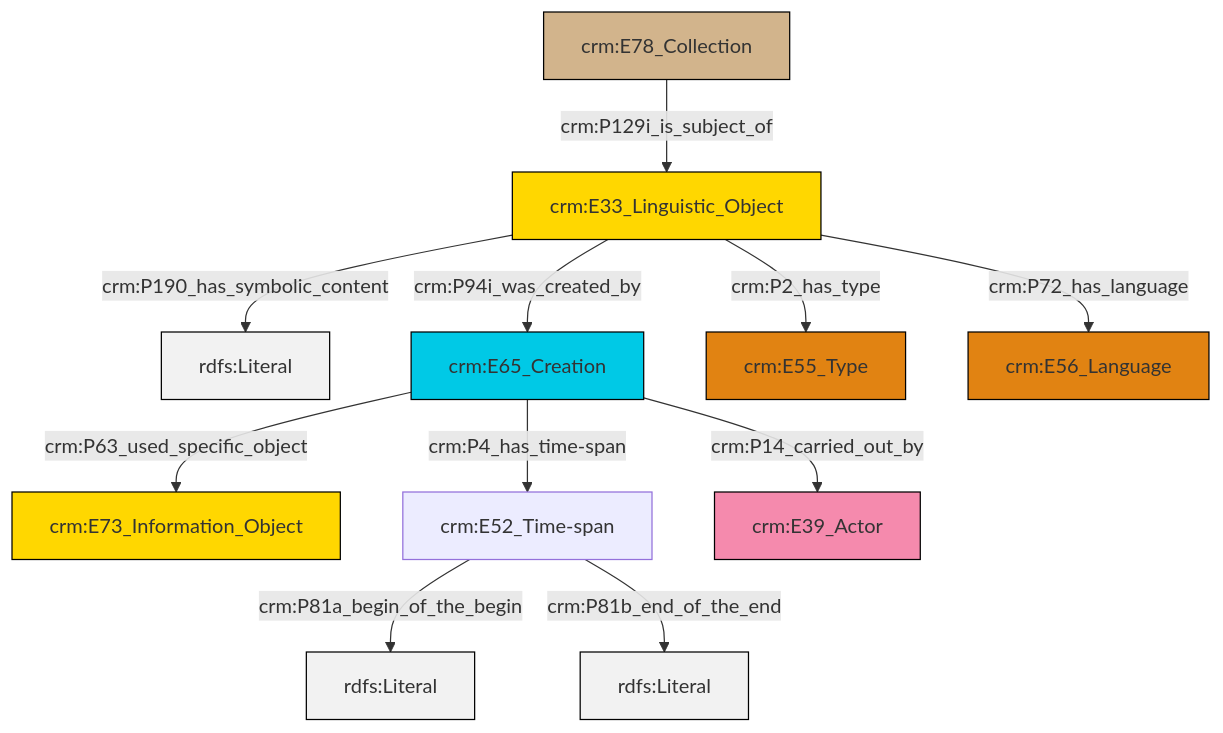
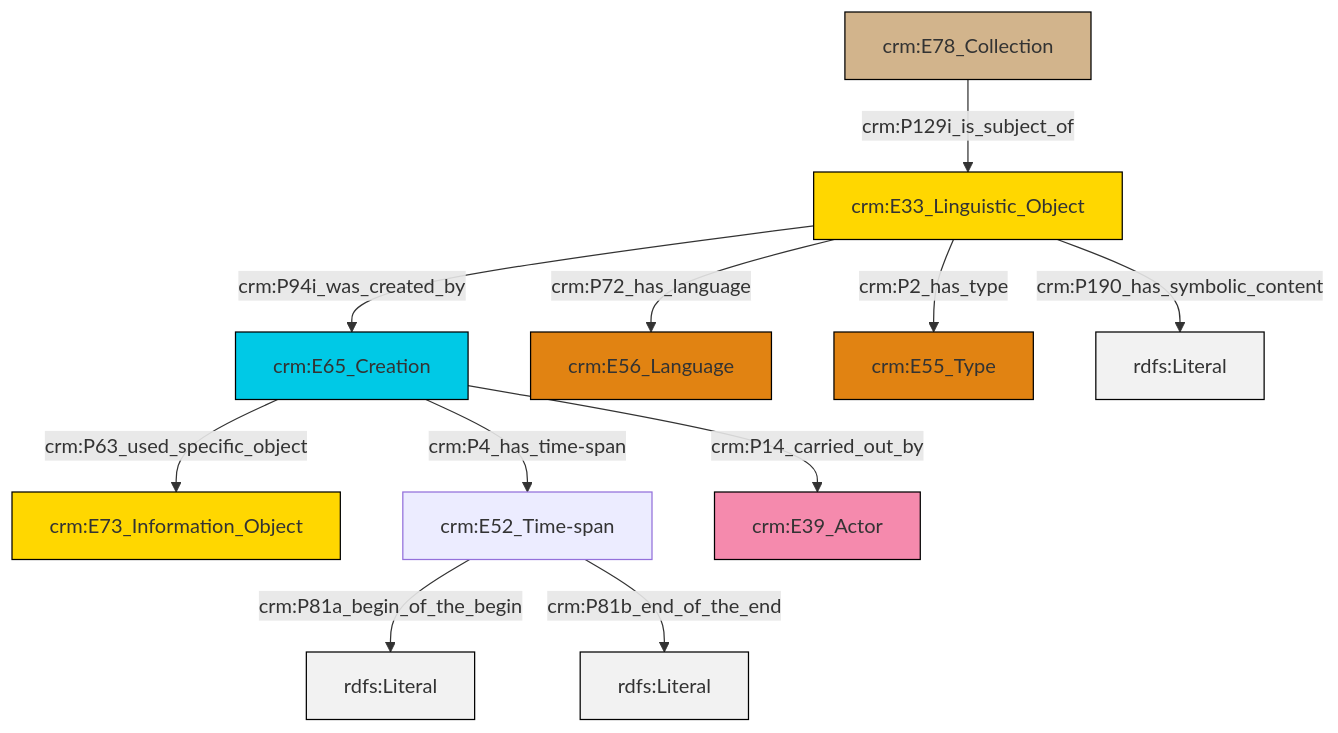
One commit to swiss-art-research-net/docs.swissartresearch changed the diagram in et/archivalCSV/ttl/mmd/archival_desc.ttl.mmd. Above: the diagram before and after it, drawn with Mermaid. The commit also changed 181 other files, not shown here.

```diff
--- a/et/archivalCSV/ttl/mmd/archival_desc.ttl.mmd
+++ b/et/archivalCSV/ttl/mmd/archival_desc.ttl.mmd
@@ -1,25 +1,25 @@
 graph TD
 classDef Literal fill:#f2f2f2,stroke:#000000;
 classDef CRM_Entity fill:#FFFFFF,stroke:#000000;
 classDef Temporal_Entity fill:#00C9E6, stroke:#000000;
 classDef Type fill:#E18312, stroke:#000000;
 classDef Time-Span fill:#2C9C91, stroke:#000000;
 classDef Appellation fill:#FFEB7F, stroke:#000000;
 classDef Place fill:#008836, stroke:#000000;
 classDef Persistent_Item fill:#B266B2, stroke:#000000;
 classDef Conceptual_Object fill:#FFD700, stroke:#000000;
 classDef Physical_Thing fill:#D2B48C, stroke:#000000;
 classDef Actor fill:#f58aad, stroke:#000000;
 classDef PC_Classes fill:#4ce600, stroke:#000000;
 classDef Multi fill:#cccccc,stroke:#000000;
 
-0["crm:E33_Linguistic_Object"]:::Conceptual_Object -->|crm:P190_has_symbolic_content| 1[rdfs:Literal]:::Literal
-2["crm:E78_Collection"]:::Physical_Thing -->|crm:P129i_is_subject_of| 0["crm:E33_Linguistic_Object"]:::Conceptual_Object
-5["crm:E52_Time-span"]:::Default -->|crm:P81a_begin_of_the_begin| 6[rdfs:Literal]:::Literal
-5["crm:E52_Time-span"]:::Default -->|crm:P81b_end_of_the_end| 8[rdfs:Literal]:::Literal
-10["crm:E65_Creation"]:::Temporal_Entity -->|crm:P4_has_time-span| 5["crm:E52_Time-span"]:::Default
-10["crm:E65_Creation"]:::Temporal_Entity -->|crm:P63_used_specific_object| 3["crm:E73_Information_Object"]:::Conceptual_Object
-0["crm:E33_Linguistic_Object"]:::Conceptual_Object -->|crm:P72_has_language| 17["crm:E56_Language"]:::Type
-0["crm:E33_Linguistic_Object"]:::Conceptual_Object -->|crm:P2_has_type| 14["crm:E55_Type"]:::Type
-0["crm:E33_Linguistic_Object"]:::Conceptual_Object -->|crm:P94i_was_created_by| 10["crm:E65_Creation"]:::Temporal_Entity
-10["crm:E65_Creation"]:::Temporal_Entity -->|crm:P14_carried_out_by| 11["crm:E39_Actor"]:::Actor
+2["crm:E65_Creation"]:::Temporal_Entity -->|crm:P63_used_specific_object| 0["crm:E73_Information_Object"]:::Conceptual_Object
+5["crm:E52_Time-span"]:::Default -->|crm:P81a_begin_of_the_begin| 9[rdfs:Literal]:::Literal
+10["crm:E33_Linguistic_Object"]:::Conceptual_Object -->|crm:P94i_was_created_by| 2["crm:E65_Creation"]:::Temporal_Entity
+10["crm:E33_Linguistic_Object"]:::Conceptual_Object -->|crm:P72_has_language| 7["crm:E56_Language"]:::Type
+5["crm:E52_Time-span"]:::Default -->|crm:P81b_end_of_the_end| 14[rdfs:Literal]:::Literal
+2["crm:E65_Creation"]:::Temporal_Entity -->|crm:P4_has_time-span| 5["crm:E52_Time-span"]:::Default
+10["crm:E33_Linguistic_Object"]:::Conceptual_Object -->|crm:P2_has_type| 16["crm:E55_Type"]:::Type
+3["crm:E78_Collection"]:::Physical_Thing -->|crm:P129i_is_subject_of| 10["crm:E33_Linguistic_Object"]:::Conceptual_Object
+10["crm:E33_Linguistic_Object"]:::Conceptual_Object -->|crm:P190_has_symbolic_content| 17[rdfs:Literal]:::Literal
+2["crm:E65_Creation"]:::Temporal_Entity -->|crm:P14_carried_out_by| 12["crm:E39_Actor"]:::Actor
```
